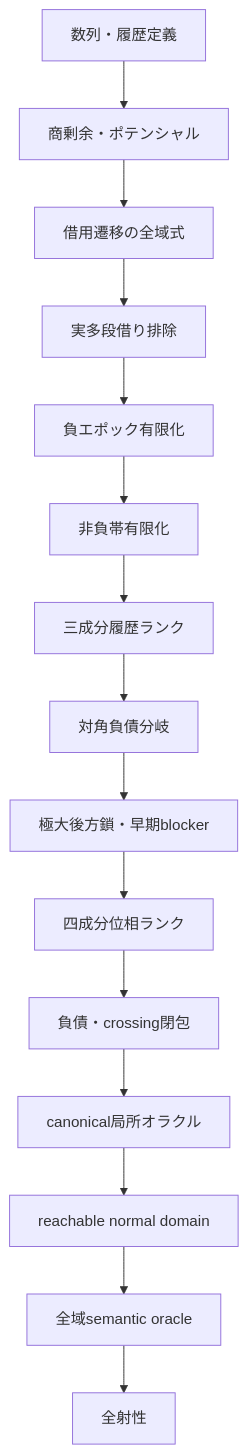
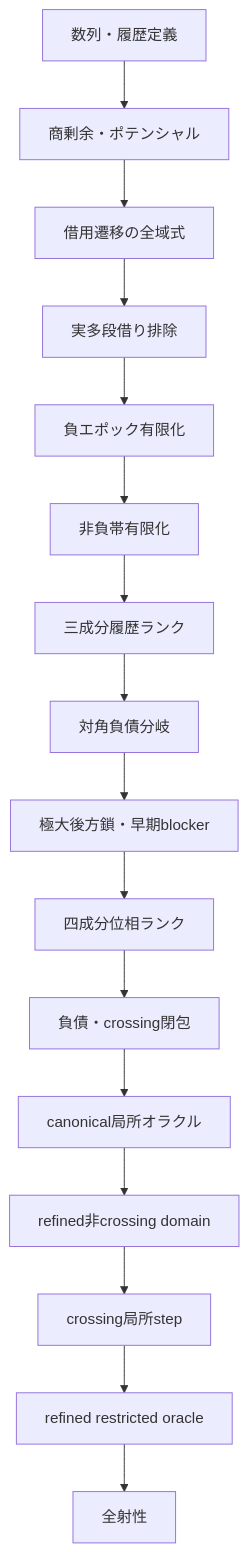
Before and after one commit to hirokidaichi/recaman-lean-research: the first of 2 diagrams in docs/PROOF_MAP.md, drawn with Mermaid. The commit also changed other lines of this file and 13 other files, not shown here.

````diff
--- a/docs/PROOF_MAP.md
+++ b/docs/PROOF_MAP.md
@@ -10,17 +10,18 @@
 ```mermaid
 flowchart TD
     A["数列・履歴定義"] --> B["商剰余・ポテンシャル"]
     B --> C["借用遷移の全域式"]
     C --> D["実多段借り排除"]
     D --> E["負エポック有限化"]
     E --> F["非負帯有限化"]
     F --> G["三成分履歴ランク"]
     G --> H["対角負債分岐"]
     H --> I["極大後方鎖・早期blocker"]
     I --> J["四成分位相ランク"]
     J --> K["負債・crossing閉包"]
     K --> L["canonical局所オラクル"]
-    L --> M["reachable normal domain"]
-    M --> N["全域semantic oracle"]
-    N --> O["全射性"]
+    L --> M["refined非crossing domain"]
+    M --> N["crossing局所step"]
+    N --> O["refined restricted oracle"]
+    O --> P["全射性"]
 ```
````
